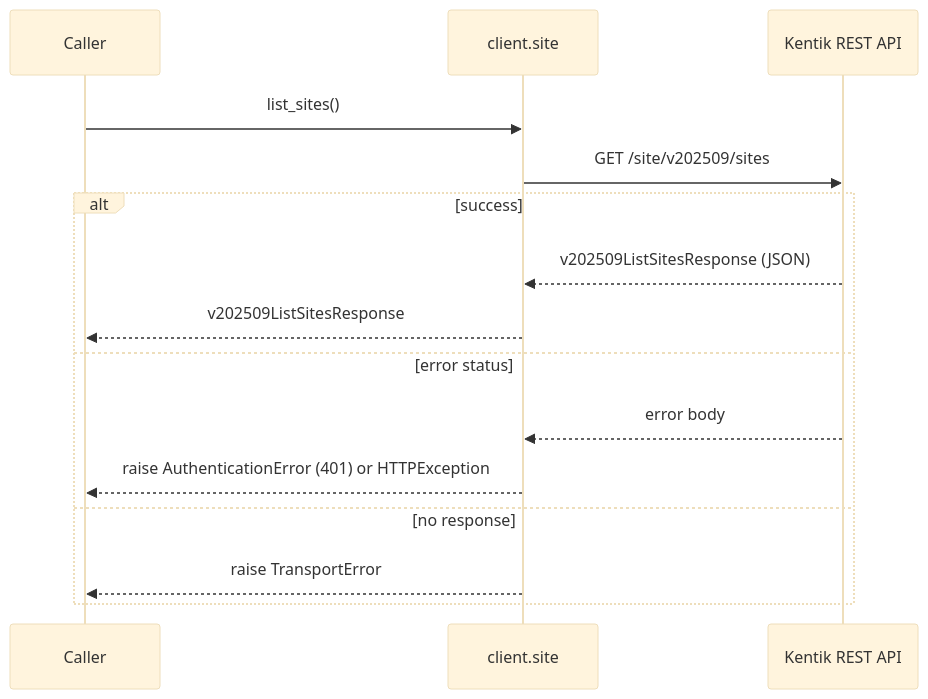
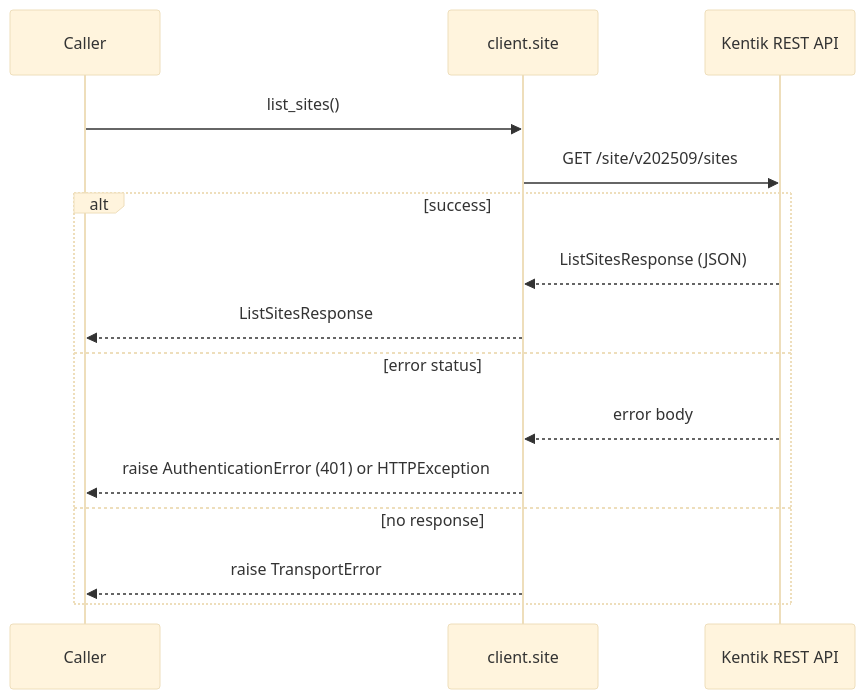
Before and after one commit to alexdearaujo/community_sdk_python: diagram 12 of 22 in docs/sphinx/services/site.md, drawn with Mermaid (base theme). The commit also changed other lines of this file and 38 other files, not shown here.

````diff
--- a/docs/sphinx/services/site.md
+++ b/docs/sphinx/services/site.md
@@ -412,18 +412,18 @@
 ```mermaid
 sequenceDiagram
     participant C as Caller
     participant W as client.site
     participant API as Kentik REST API
 
     C->>W: list_sites()
     W->>API: GET /site/v202509/sites
     alt success
-        API-->>W: v202509ListSitesResponse (JSON)
-        W-->>C: v202509ListSitesResponse
+        API-->>W: ListSitesResponse (JSON)
+        W-->>C: ListSitesResponse
     else error status
         API-->>W: error body
         W-->>C: raise AuthenticationError (401) or HTTPException
     else no response
         W-->>C: raise TransportError
     end
 ```
````
